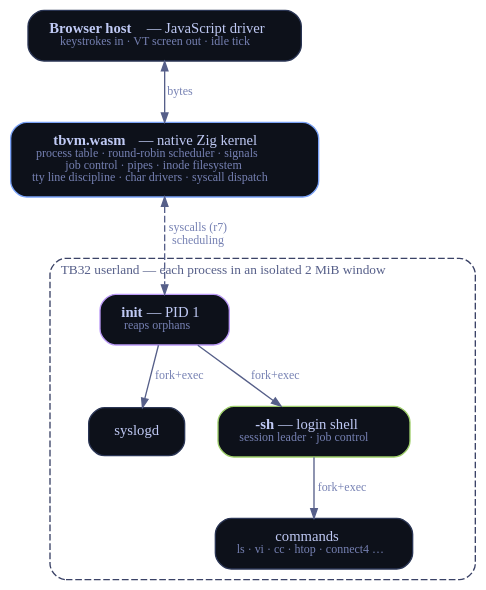
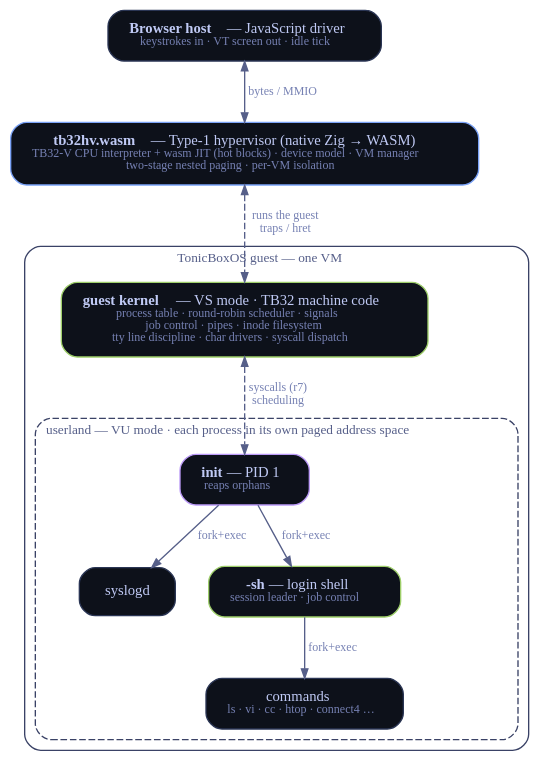
The diagram in arch-runtime.dot (Tonic-Box/tonicbox.dev), drawn with Graphviz before and after one commit. The commit also changed 12 other files, not shown here.

Commit message:
Deploy hypervisor-hosted TonicBoxOS: JIT runtime, file-based man pages, correctness pass

```diff
--- a/arch-runtime.dot
+++ b/arch-runtime.dot
@@ -1,28 +1,37 @@
 // Runtime stack for arch.html. Render: dot -Tsvg arch-runtime.dot -o arch-runtime.svg
 digraph runtime {
   rankdir=TB;
   bgcolor="transparent";
   nodesep=0.35; ranksep=0.5;
   node [shape=box, style="rounded,filled", fillcolor="#0d111a", color="#2a3554",
         fontcolor="#c0caf5", fontname="Cascadia Code", fontsize=11, margin="0.22,0.13"];
   edge [color="#565f89", fontcolor="#7681b3", fontname="Cascadia Code", fontsize=9, arrowsize=0.7];
 
   host [label=<<b>Browser host</b> &#8212; JavaScript driver<br/><font color="#7681b3" point-size="9">keystrokes in &#183; VT screen out &#183; idle tick</font>>];
-  kernel [color="#7aa2f7", label=<<b>tbvm.wasm</b> &#8212; native Zig kernel<br/><font color="#7681b3" point-size="9">process table &#183; round-robin scheduler &#183; signals<br/>job control &#183; pipes &#183; inode filesystem<br/>tty line discipline &#183; char drivers &#183; syscall dispatch</font>>];
+  hv [color="#7aa2f7", label=<<b>tb32hv.wasm</b> &#8212; Type-1 hypervisor (native Zig &#8594; WASM)<br/><font color="#7681b3" point-size="9">TB32-V CPU interpreter + wasm JIT (hot blocks) &#183; device model &#183; VM manager<br/>two-stage nested paging &#183; per-VM isolation</font>>];
 
-  subgraph cluster_user {
+  subgraph cluster_guest {
     labelloc="t";
-    label=<<font color="#565f89" point-size="10">TB32 userland &#8212; each process in an isolated 2 MiB window</font>>;
-    color="#3a4266"; style="dashed,rounded";
-    init [color="#bb9af7", label=<<b>init</b> &#8212; PID 1<br/><font color="#7681b3" point-size="9">reaps orphans</font>>];
-    syslogd [label="syslogd"];
-    sh [color="#9ece6a", label=<<b>-sh</b> &#8212; login shell<br/><font color="#7681b3" point-size="9">session leader &#183; job control</font>>];
-    cmd [label=<commands<br/><font color="#7681b3" point-size="9">ls &#183; vi &#183; cc &#183; htop &#183; connect4 &#8230;</font>>];
+    label=<<font color="#565f89" point-size="10">TonicBoxOS guest &#8212; one VM</font>>;
+    color="#3a4266"; style="rounded";
+
+    kernel [color="#9ece6a", label=<<b>guest kernel</b> &#8212; VS mode &#183; TB32 machine code<br/><font color="#7681b3" point-size="9">process table &#183; round-robin scheduler &#183; signals<br/>job control &#183; pipes &#183; inode filesystem<br/>tty line discipline &#183; char drivers &#183; syscall dispatch</font>>];
+
+    subgraph cluster_user {
+      labelloc="t";
+      label=<<font color="#565f89" point-size="10">userland &#8212; VU mode &#183; each process in its own paged address space</font>>;
+      color="#3a4266"; style="dashed,rounded";
+      init [color="#bb9af7", label=<<b>init</b> &#8212; PID 1<br/><font color="#7681b3" point-size="9">reaps orphans</font>>];
+      syslogd [label="syslogd"];
+      sh [color="#9ece6a", label=<<b>-sh</b> &#8212; login shell<br/><font color="#7681b3" point-size="9">session leader &#183; job control</font>>];
+      cmd [label=<commands<br/><font color="#7681b3" point-size="9">ls &#183; vi &#183; cc &#183; htop &#183; connect4 &#8230;</font>>];
+    }
   }
 
-  host -> kernel [dir=both, label="bytes"];
+  host -> hv [dir=both, label="bytes / MMIO"];
+  hv -> kernel [dir=both, style=dashed, label="runs the guest\ntraps / hret"];
   kernel -> init [dir=both, style=dashed, label="syscalls (r7)\nscheduling"];
   init -> syslogd [label="fork+exec"];
   init -> sh [label="fork+exec"];
   sh -> cmd [label="fork+exec"];
 }
```
